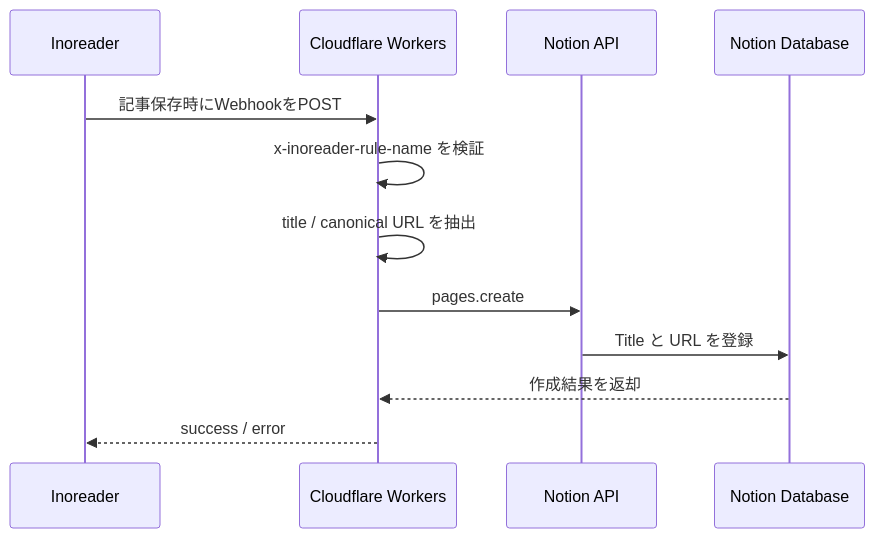
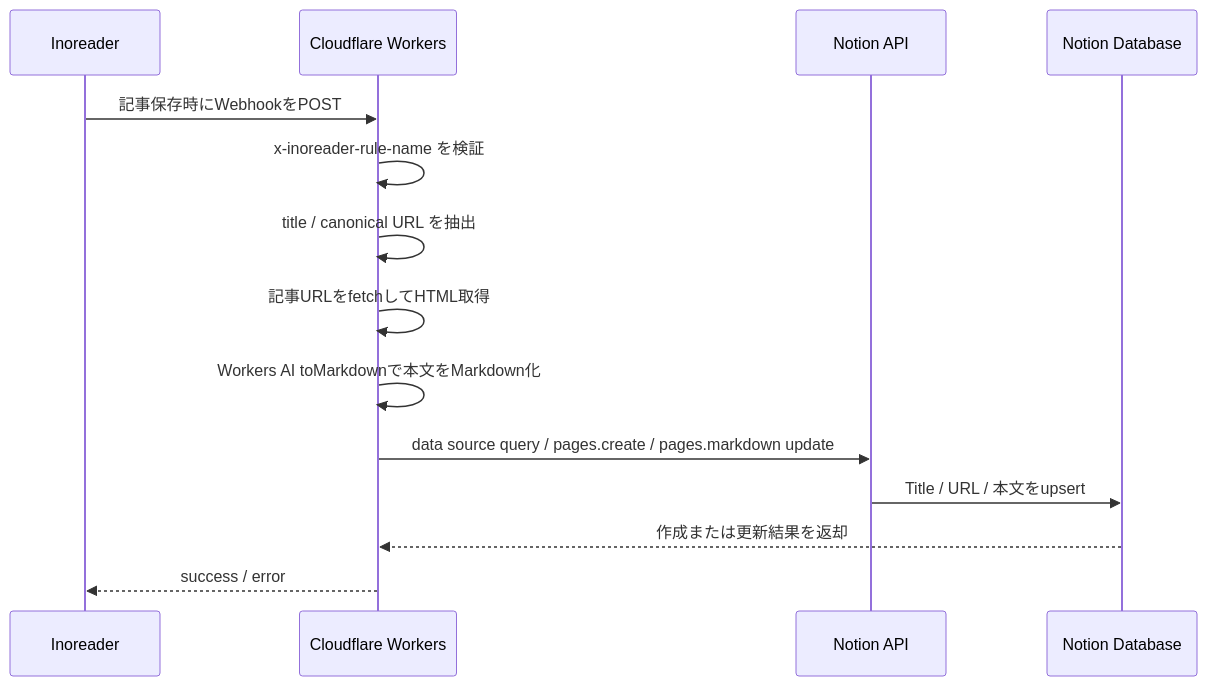
One commit to shiomiyan/inoreader-notion-bridge changed the diagram in README.md. Above: the diagram before and after it, drawn with Mermaid. The commit also changed other lines of this file and 11 other files, not shown here.

````diff
--- a/README.md
+++ b/README.md
@@ -7,15 +7,17 @@
 ```mermaid
 sequenceDiagram
     participant Inoreader
     participant Worker as Cloudflare Workers
     participant NotionAPI as Notion API
     participant Database as Notion Database
 
     Inoreader->>Worker: 記事保存時にWebhookをPOST
     Worker->>Worker: x-inoreader-rule-name を検証
     Worker->>Worker: title / canonical URL を抽出
-    Worker->>NotionAPI: pages.create
-    NotionAPI->>Database: Title と URL を登録
-    Database-->>Worker: 作成結果を返却
+    Worker->>Worker: 記事URLをfetchしてHTML取得
+    Worker->>Worker: Workers AI toMarkdownで本文をMarkdown化
+    Worker->>NotionAPI: data source query / pages.create / pages.markdown update
+    NotionAPI->>Database: Title / URL / 本文をupsert
+    Database-->>Worker: 作成または更新結果を返却
     Worker-->>Inoreader: success / error
 ```
````
